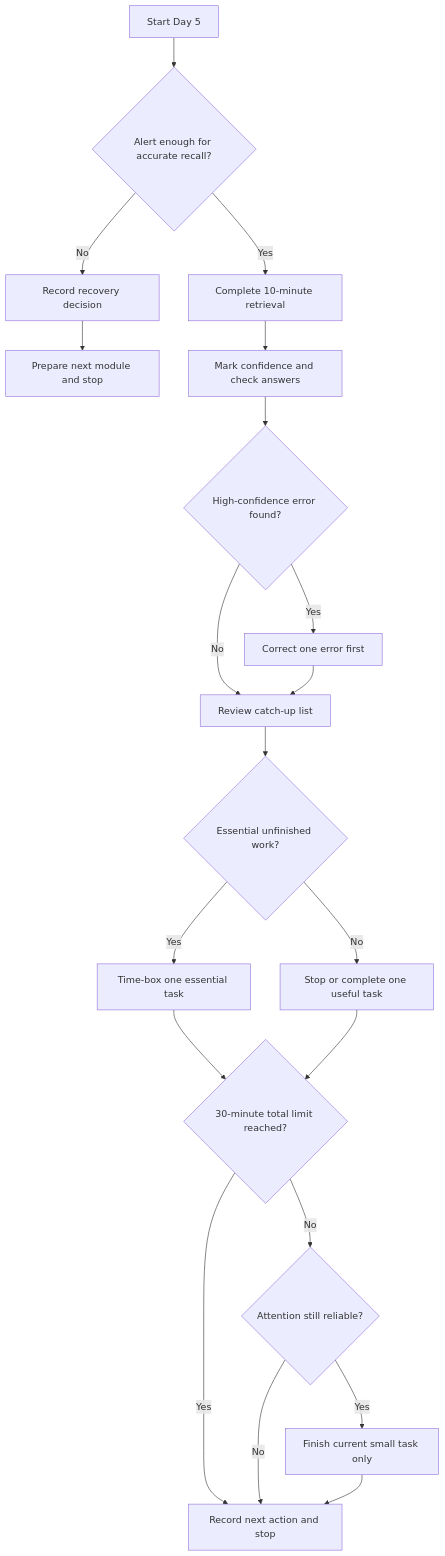
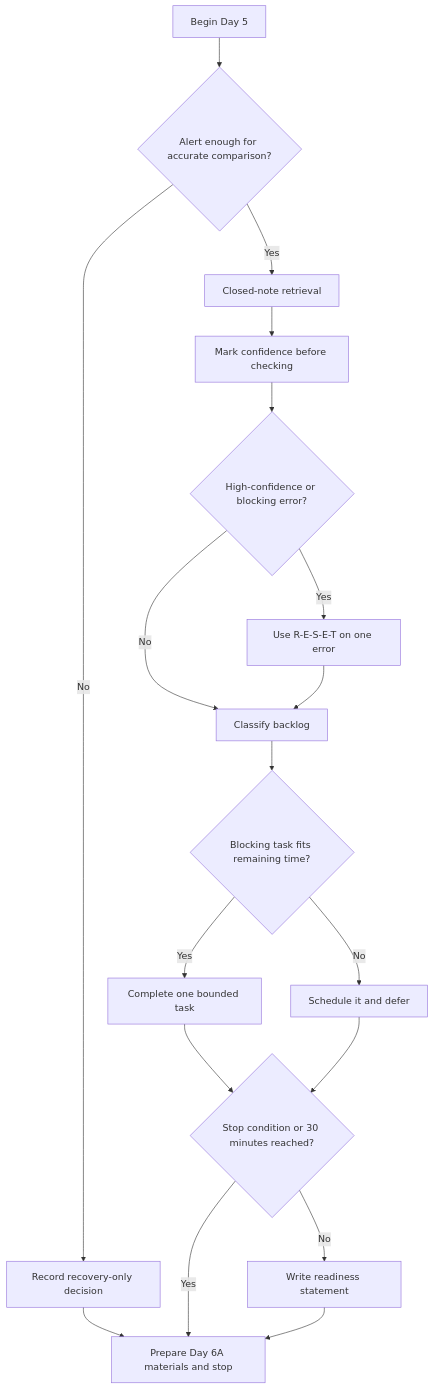
One commit to andrew3stedall/capstone changed the diagram in docs/learning-plans/4-week/modules/day-05-rest-retrieval-and-catch-up.md. Above: the diagram before and after it, drawn with Mermaid. The commit also changed other lines of this file, not shown here.

Commit message:
Improve Day 5 recovery and retrieval module

````diff
--- a/docs/learning-plans/4-week/modules/day-05-rest-retrieval-and-catch-up.md
+++ b/docs/learning-plans/4-week/modules/day-05-rest-retrieval-and-catch-up.md
@@ -141,22 +105,20 @@
 ```mermaid
 flowchart TD
-    A["Start Day 5"] --> B{"Alert enough for accurate recall?"}
-    B -->|"No"| C["Record recovery decision"]
-    C --> D["Prepare next module and stop"]
-    B -->|"Yes"| E["Complete 10-minute retrieval"]
-    E --> F["Mark confidence and check answers"]
-    F --> G{"High-confidence error found?"}
-    G -->|"Yes"| H["Correct one error first"]
-    G -->|"No"| I["Review catch-up list"]
-    H --> I
-    I --> J{"Essential unfinished work?"}
-    J -->|"Yes"| K["Time-box one essential task"]
-    J -->|"No"| L["Stop or complete one useful task"]
-    K --> M{"30-minute total limit reached?"}
-    L --> M
-    M -->|"Yes"| N["Record next action and stop"]
-    M -->|"No"| O{"Attention still reliable?"}
-    O -->|"No"| N
-    O -->|"Yes"| P["Finish current small task only"]
-    P --> N
+    A[Begin Day 5] --> B{Alert enough for accurate comparison?}
+    B -->|No| C[Record recovery-only decision]
+    C --> Z[Prepare Day 6A materials and stop]
+    B -->|Yes| D[Closed-note retrieval]
+    D --> E[Mark confidence before checking]
+    E --> F{High-confidence or blocking error?}
+    F -->|Yes| G[Use R-E-S-E-T on one error]
+    F -->|No| H[Classify backlog]
+    G --> H
+    H --> I{Blocking task fits remaining time?}
+    I -->|Yes| J[Complete one bounded task]
+    I -->|No| K[Schedule it and defer]
+    J --> L{Stop condition or 30 minutes reached?}
+    K --> L
+    L -->|Yes| Z
+    L -->|No| M[Write readiness statement]
+    M --> Z
 ```
````
